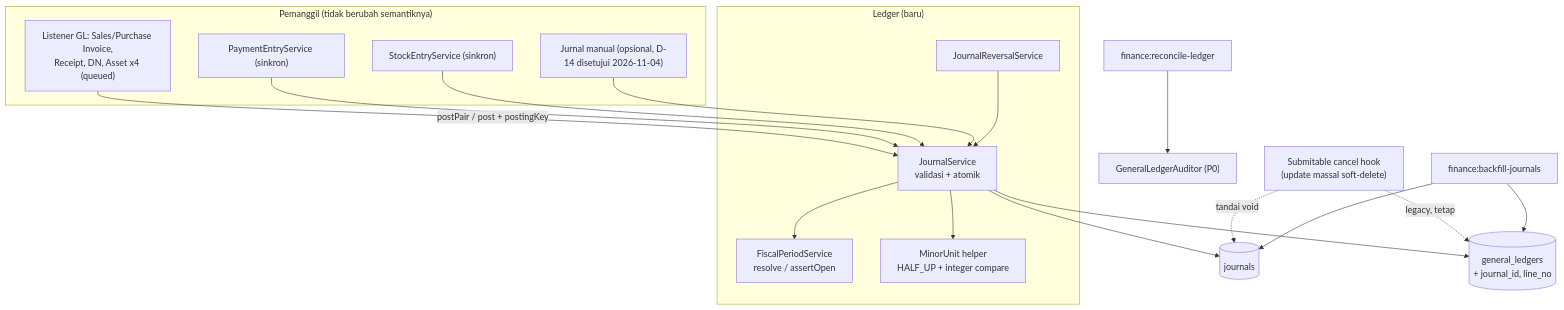
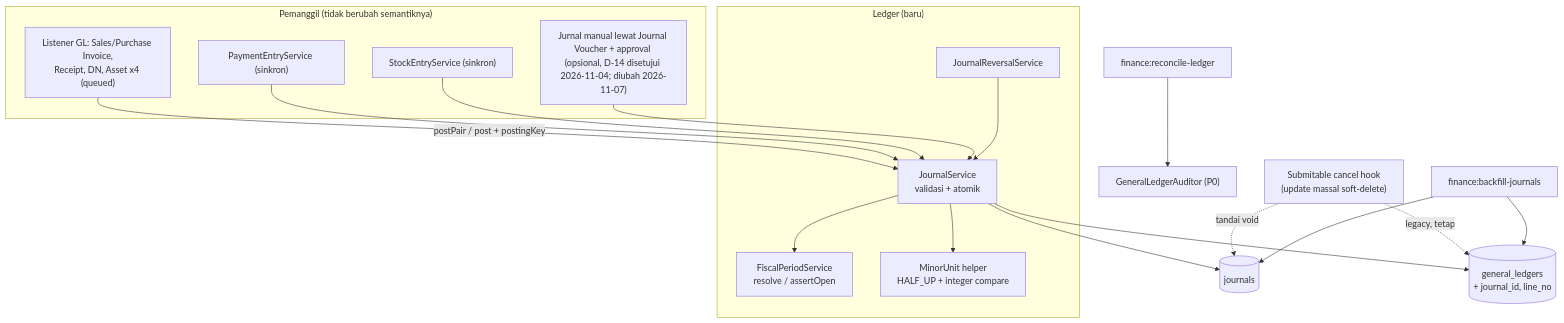
One commit to RimbunCode/erp_pataya changed the first of 2 diagrams in .kiro/specs/finance-p1-journal-core/design.md. Above: the diagram before and after it, drawn with Mermaid. The commit also changed other lines of this file and 51 other files, not shown here.

````diff
--- a/.kiro/specs/finance-p1-journal-core/design.md
+++ b/.kiro/specs/finance-p1-journal-core/design.md
@@ -28,29 +28,29 @@
 ```mermaid
 flowchart TD
     subgraph CALLERS["Pemanggil (tidak berubah semantiknya)"]
         L1["Listener GL: Sales/Purchase Invoice,<br/>Receipt, DN, Asset x4 (queued)"]
         L2["PaymentEntryService (sinkron)"]
         L3["StockEntryService (sinkron)"]
-        UI["Jurnal manual (opsional, D-14 disetujui 2026-11-04)"]
+        UI["Jurnal manual lewat Journal Voucher + approval (opsional, D-14 disetujui 2026-11-04; diubah 2026-11-07)"]
     end
     L1 -->|postPair / post + postingKey| JS
     L2 --> JS
     L3 --> JS
     UI --> JS
     subgraph LEDGER["Ledger (baru)"]
         JS["JournalService<br/>validasi + atomik"]
         FP["FiscalPeriodService<br/>resolve / assertOpen"]
         MR["MinorUnit helper<br/>HALF_UP + integer compare"]
         RV["JournalReversalService"]
         JS --> FP
         JS --> MR
         RV --> JS
     end
     JS --> J[("journals")]
     JS --> GL[("general_ledgers<br/>+ journal_id, line_no")]
     SUB["Submitable cancel hook<br/>(update massal soft-delete)"] -.legacy, tetap.-> GL
     SUB -.tandai void.-> J
     BF["finance:backfill-journals"] --> J
     BF --> GL
     REC["finance:reconcile-ledger"] --> AUD["GeneralLedgerAuditor (P0)"]
 ```
````
